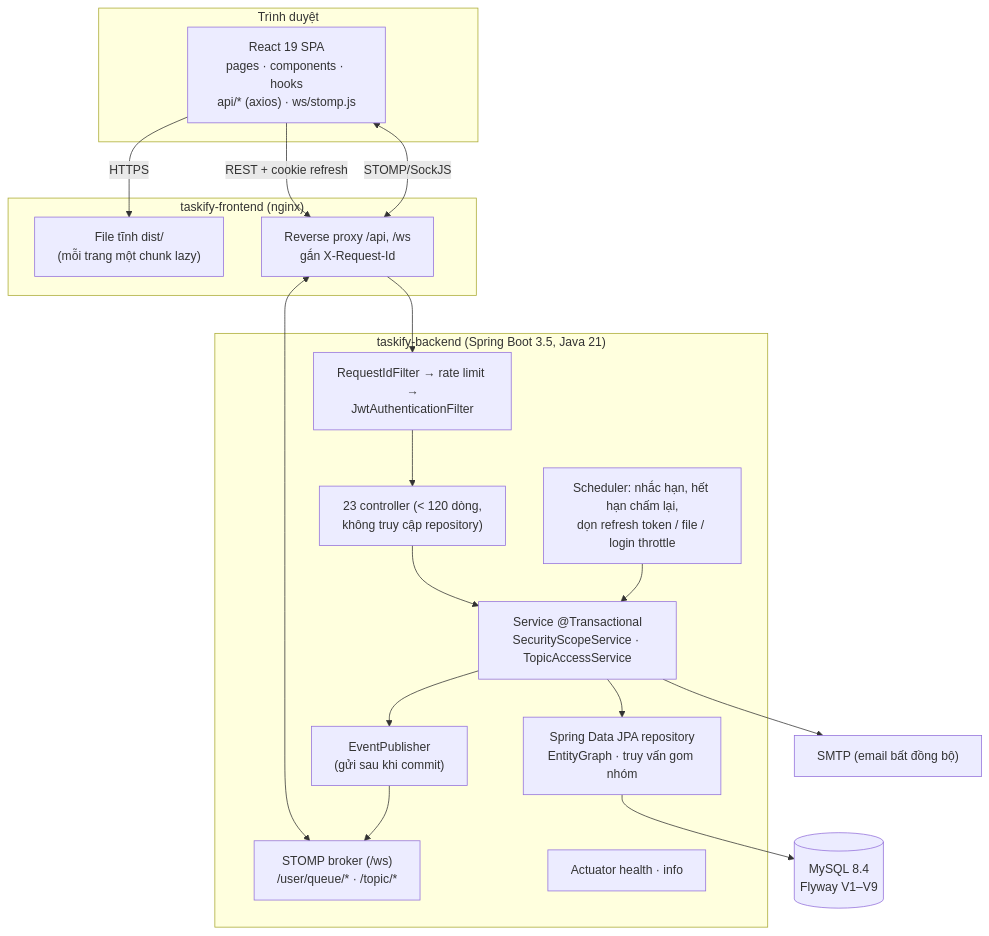
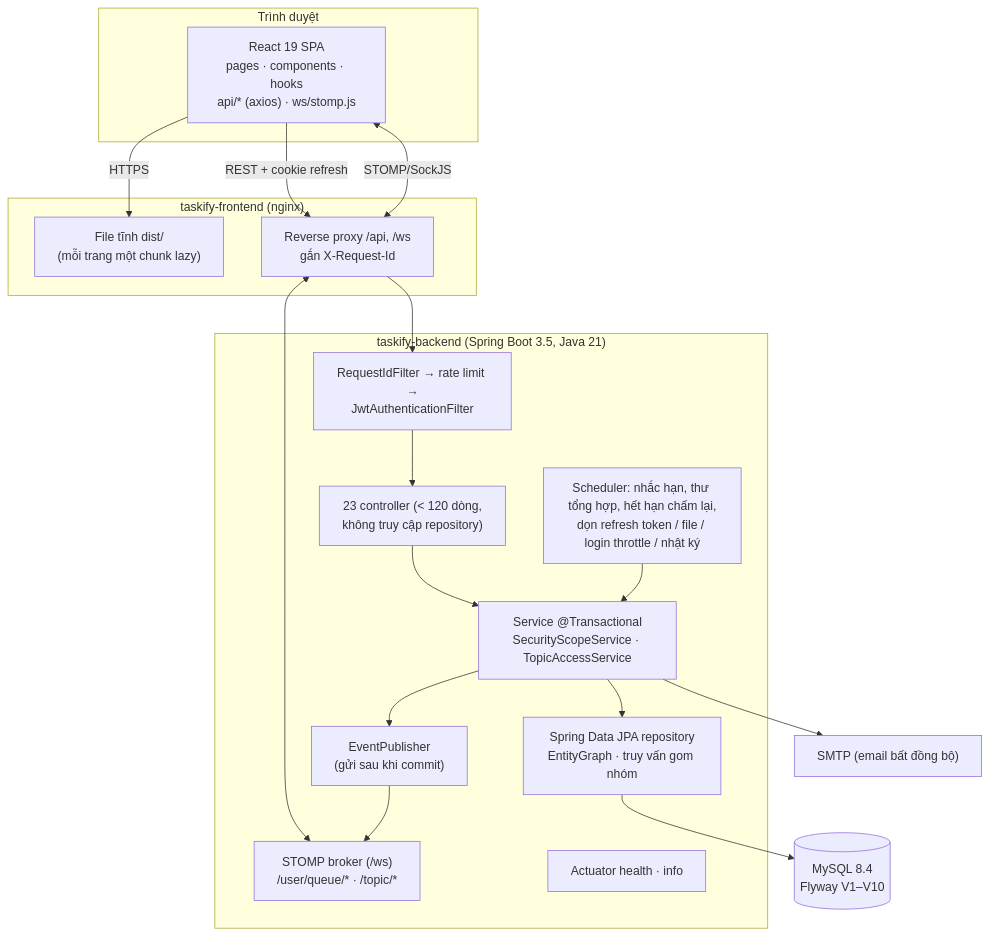
Before and after one commit to NguyenTanSang2210/Taskify: the first of 6 diagrams in docs/ARCHITECTURE.md, drawn with Mermaid. The commit also changed other lines of this file and 27 other files, not shown here.

First line of the commit message:
[P4-06] Cài đặt email thông báo cá nhân + thư tổng hợp hằng ngày

````diff
--- a/docs/ARCHITECTURE.md
+++ b/docs/ARCHITECTURE.md
@@ -7,33 +7,33 @@
 ```mermaid
 flowchart TB
   subgraph Client["Trình duyệt"]
     SPA["React 19 SPA<br/>pages · components · hooks<br/>api/* (axios) · ws/stomp.js"]
   end
 
   subgraph FE["taskify-frontend (nginx)"]
     STATIC["File tĩnh dist/<br/>(mỗi trang một chunk lazy)"]
     PROXY["Reverse proxy /api, /ws<br/>gắn X-Request-Id"]
   end
 
   subgraph BE["taskify-backend (Spring Boot 3.5, Java 21)"]
     FILTERS["RequestIdFilter → rate limit →<br/>JwtAuthenticationFilter"]
     CTRL["23 controller (< 120 dòng,<br/>không truy cập repository)"]
     SVC["Service @Transactional<br/>SecurityScopeService · TopicAccessService"]
     REPO["Spring Data JPA repository<br/>EntityGraph · truy vấn gom nhóm"]
     WS["STOMP broker (/ws)<br/>/user/queue/* · /topic/*"]
     EVT["EventPublisher<br/>(gửi sau khi commit)"]
-    JOBS["Scheduler: nhắc hạn, hết hạn chấm lại,<br/>dọn refresh token / file / login throttle"]
+    JOBS["Scheduler: nhắc hạn, thư tổng hợp, hết hạn chấm lại,<br/>dọn refresh token / file / login throttle / nhật ký"]
     ACT["Actuator health · info"]
   end
 
-  DB[("MySQL 8.4<br/>Flyway V1–V9")]
+  DB[("MySQL 8.4<br/>Flyway V1–V10")]
   MAIL["SMTP (email bất đồng bộ)"]
 
   SPA -->|HTTPS| STATIC
   SPA -->|REST + cookie refresh| PROXY --> FILTERS --> CTRL --> SVC --> REPO --> DB
   SPA <-->|STOMP/SockJS| PROXY
   PROXY <--> WS
   SVC --> EVT --> WS
   SVC --> MAIL
   JOBS --> SVC
 ```
````
